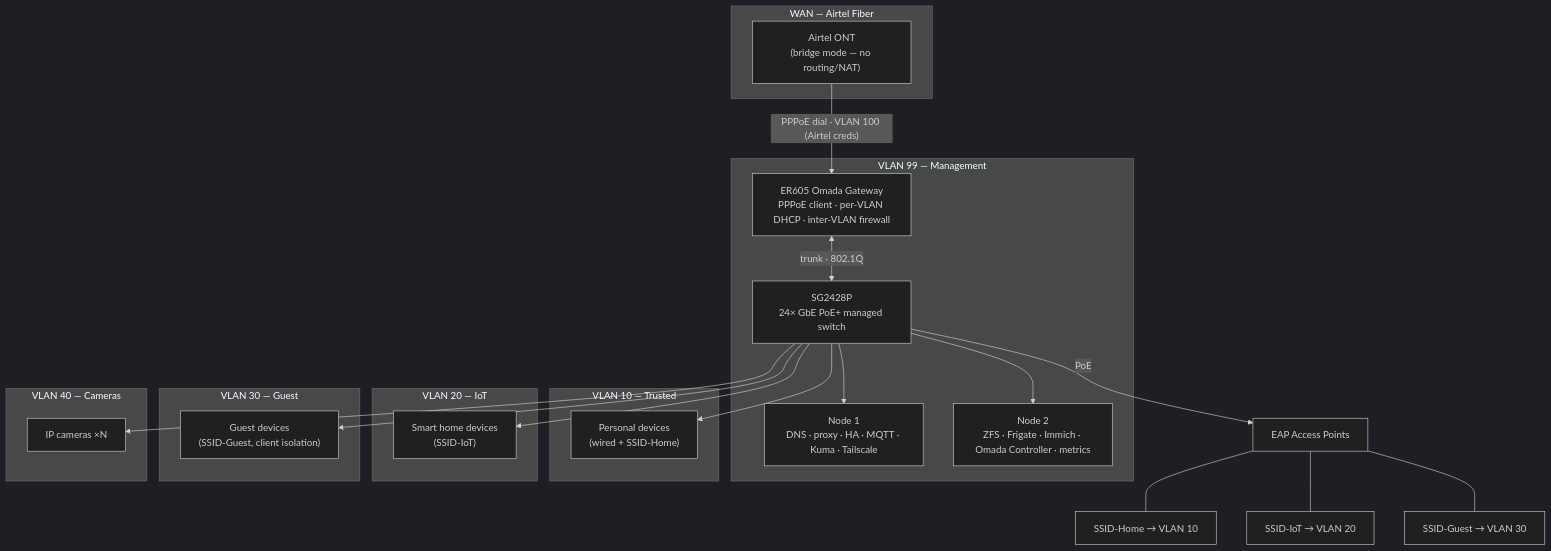
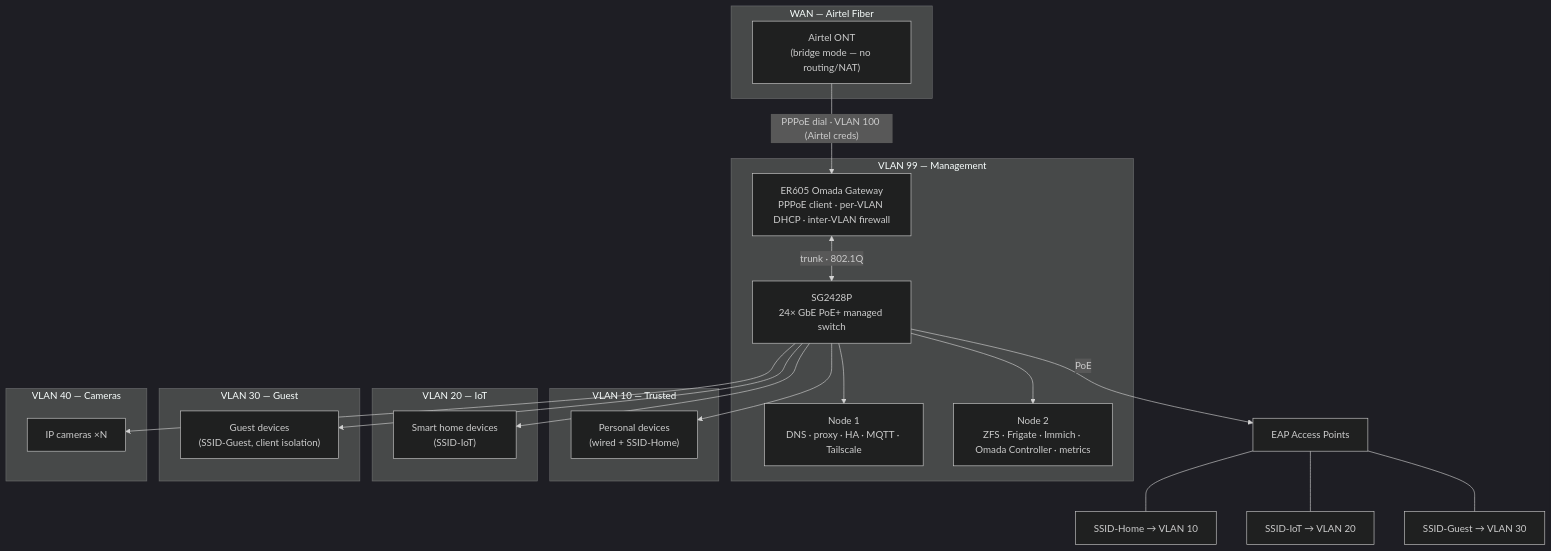
One commit to AdityaJain2162/homelab changed the first of 2 diagrams in docs/network.md. Above: the diagram before and after it, drawn with Mermaid (dark theme). The commit also changed 8 other files, not shown here.

````diff
--- a/docs/network.md
+++ b/docs/network.md
@@ -7,39 +7,39 @@
 ```mermaid
 flowchart TB
   subgraph WAN["WAN — Airtel Fiber"]
     ONT["Airtel ONT<br/>(bridge mode — no routing/NAT)"]
   end
 
   ONT -->|"PPPoE dial · VLAN 100 (Airtel creds)"| ER605["ER605 Omada Gateway<br/>PPPoE client · per-VLAN DHCP · inter-VLAN firewall"]
 
   ER605 <-->|"trunk · 802.1Q"| SW["SG2428P<br/>24× GbE PoE+ managed switch"]
 
   subgraph VLAN99["VLAN 99 — Management"]
-    N1["Node 1<br/>DNS · proxy · HA · MQTT · Kuma · Tailscale"]
+    N1["Node 1<br/>DNS · proxy · HA · MQTT · Tailscale"]
     N2["Node 2<br/>ZFS · Frigate · Immich · Omada Controller · metrics"]
     SW
     ER605
   end
 
   subgraph VLAN10["VLAN 10 — Trusted"]
     USERS["Personal devices<br/>(wired + SSID-Home)"]
   end
 
   subgraph VLAN20["VLAN 20 — IoT"]
     IOT["Smart home devices<br/>(SSID-IoT)"]
   end
 
   subgraph VLAN30["VLAN 30 — Guest"]
     GUEST["Guest devices<br/>(SSID-Guest, client isolation)"]
   end
 
   subgraph VLAN40["VLAN 40 — Cameras"]
     CAM["IP cameras ×N"]
   end
 
   SW --> N1 & N2 & USERS & IOT & GUEST & CAM
   SW -->|PoE| EAP["EAP Access Points"]
   EAP --- SSID1["SSID-Home → VLAN 10"]
   EAP --- SSID2["SSID-IoT → VLAN 20"]
   EAP --- SSID3["SSID-Guest → VLAN 30"]
 ```
````
